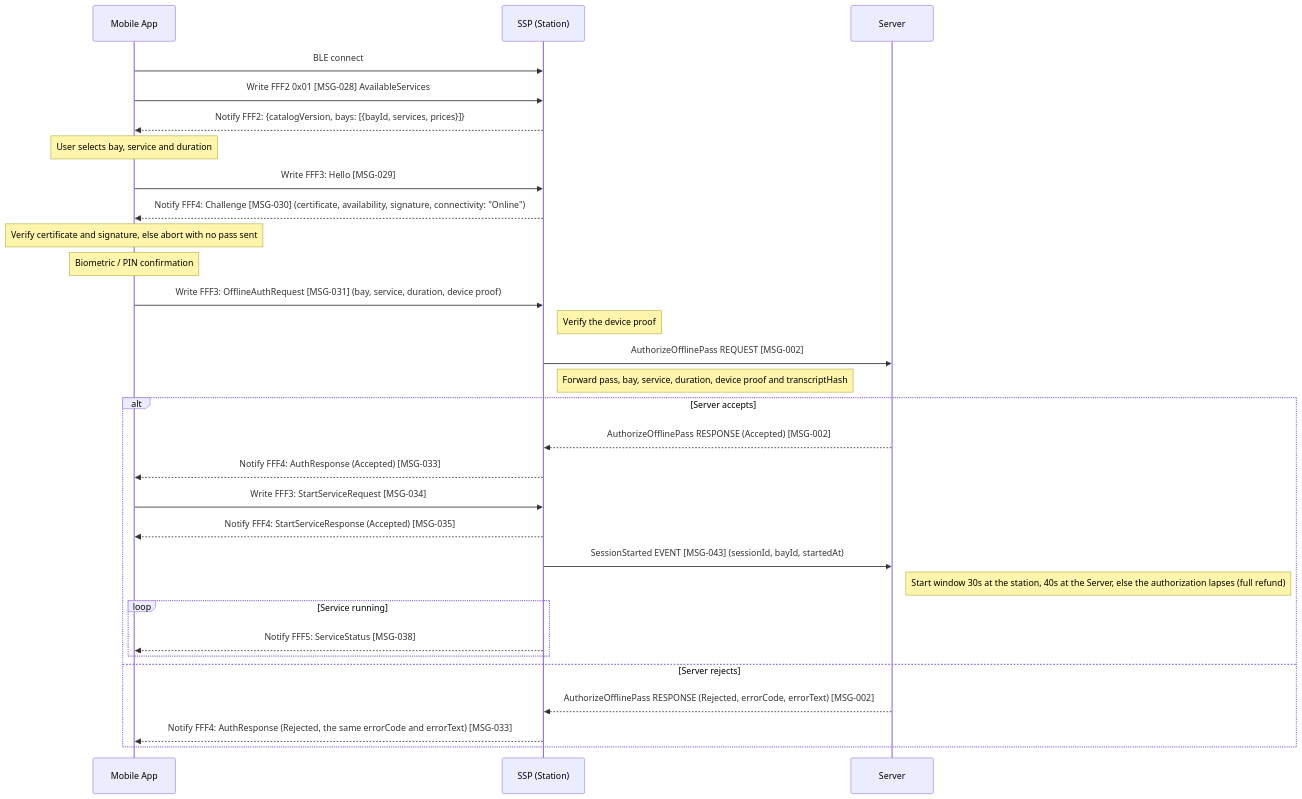
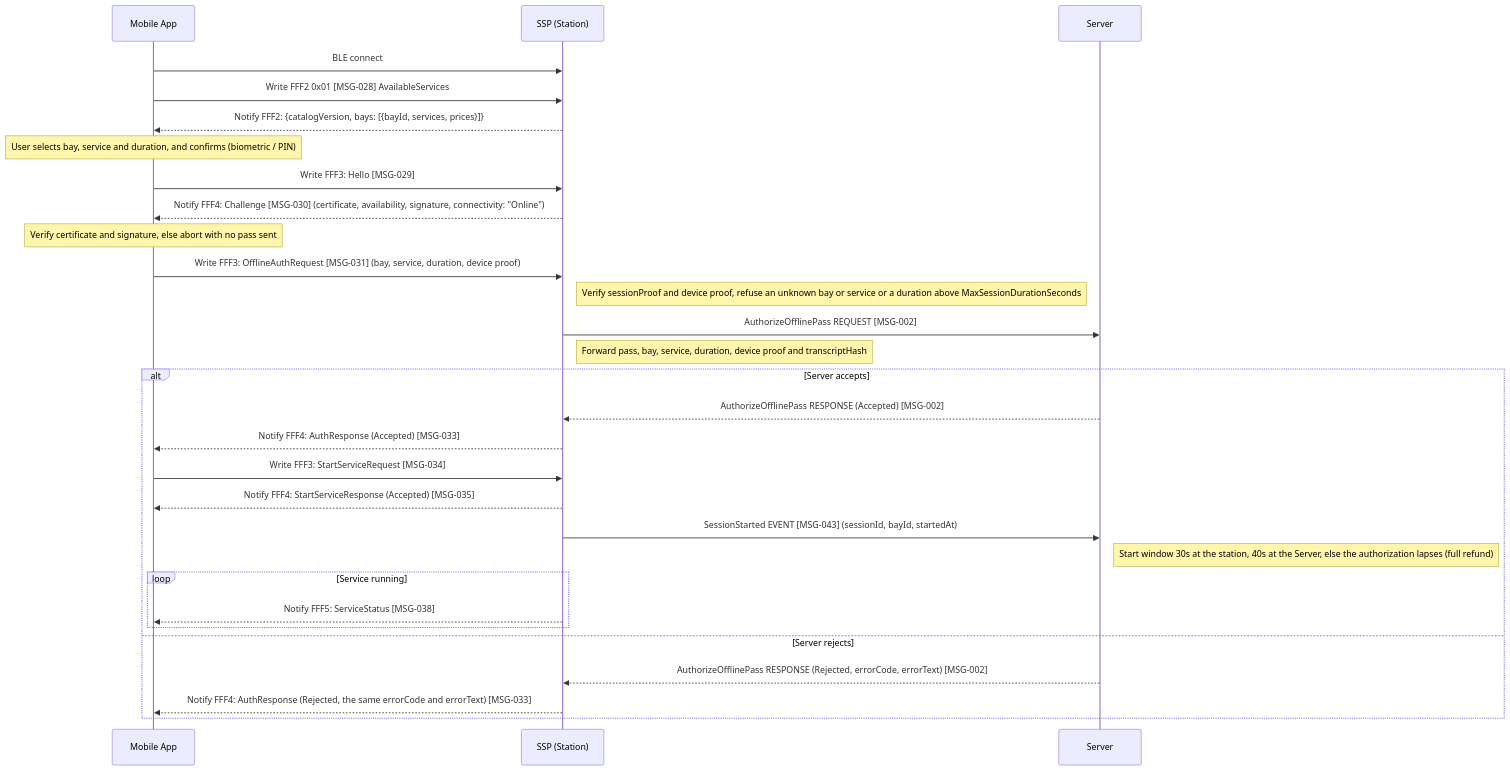
The seventh of 19 diagrams in spec/04-flows.md (ospp-org/spec), drawn with Mermaid before and after one commit. The commit also changed other lines of this file and 17 other files, not shown here.

````diff
--- a/spec/04-flows.md
+++ b/spec/04-flows.md
@@ -944,39 +948,37 @@
 ```mermaid
 sequenceDiagram
     participant App as Mobile App
     participant SSP as SSP (Station)
     participant Server
 
     App->>SSP: BLE connect
     App->>SSP: Write FFF2 0x01 [MSG-028] AvailableServices
     SSP-->>App: Notify FFF2: {catalogVersion, bays: [{bayId, services, prices}]}
-    Note over App: User selects bay, service and duration
+    Note over App: User selects bay, service and duration, and confirms (biometric / PIN)
     App->>SSP: Write FFF3: Hello [MSG-029]
     SSP-->>App: Notify FFF4: Challenge [MSG-030] (certificate, availability, signature, connectivity: "Online")
     Note over App: Verify certificate and signature, else abort with no pass sent
 
-    Note over App: Biometric / PIN confirmation
-
     App->>SSP: Write FFF3: OfflineAuthRequest [MSG-031] (bay, service, duration, device proof)
-    Note right of SSP: Verify the device proof
+    Note right of SSP: Verify sessionProof and device proof, refuse an unknown bay or service or a duration above MaxSessionDurationSeconds
 
     SSP->>Server: AuthorizeOfflinePass REQUEST [MSG-002]
     Note right of SSP: Forward pass, bay, service, duration, device proof and transcriptHash
 
     alt Server accepts
         Server-->>SSP: AuthorizeOfflinePass RESPONSE (Accepted) [MSG-002]
         SSP-->>App: Notify FFF4: AuthResponse (Accepted) [MSG-033]
         App->>SSP: Write FFF3: StartServiceRequest [MSG-034]
         SSP-->>App: Notify FFF4: StartServiceResponse (Accepted) [MSG-035]
         SSP->>Server: SessionStarted EVENT [MSG-043] (sessionId, bayId, startedAt)
         Note right of Server: Start window 30s at the station, 40s at the Server, else the authorization lapses (full refund)
 
         loop Service running
             SSP-->>App: Notify FFF5: ServiceStatus [MSG-038]
         end
 
     else Server rejects
         Server-->>SSP: AuthorizeOfflinePass RESPONSE (Rejected, errorCode, errorText) [MSG-002]
         SSP-->>App: Notify FFF4: AuthResponse (Rejected, the same errorCode and errorText) [MSG-033]
     end
 ```
````
